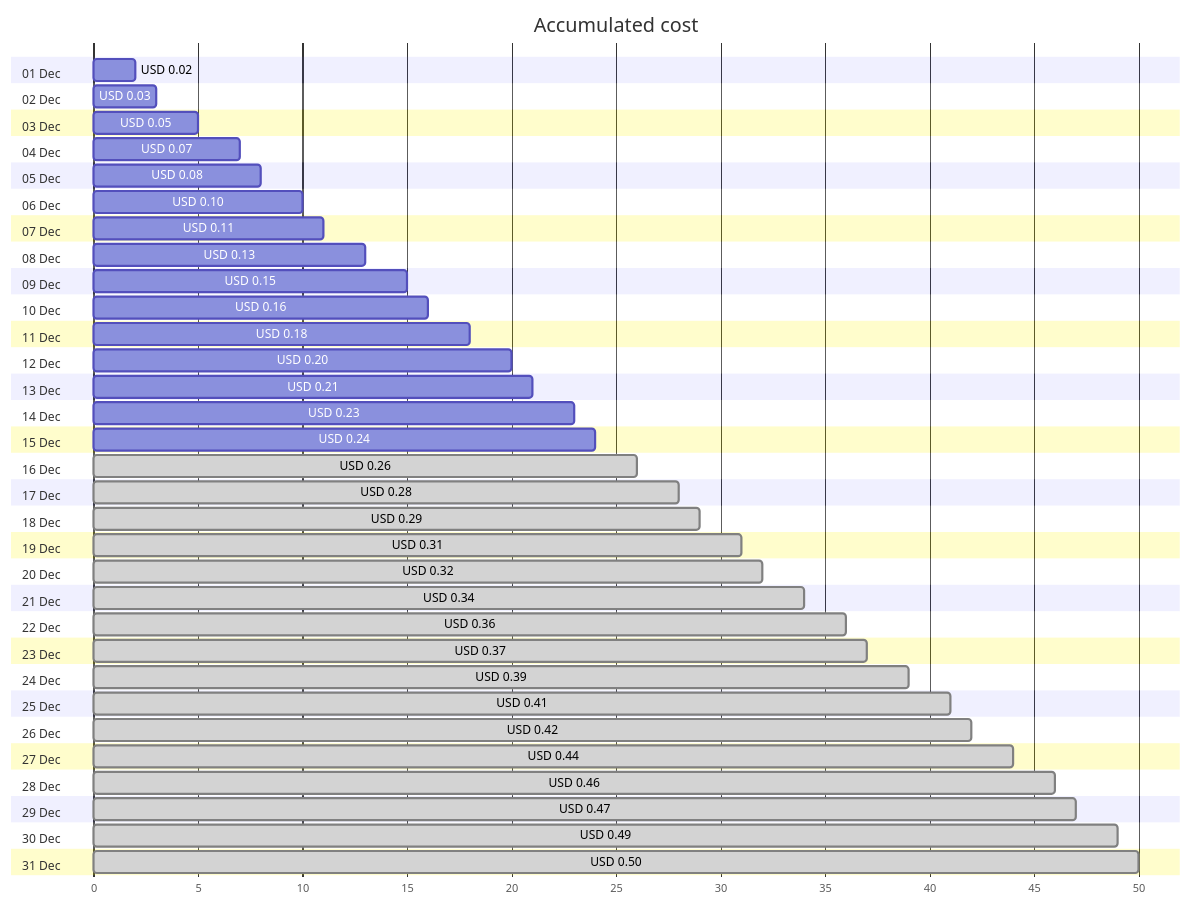
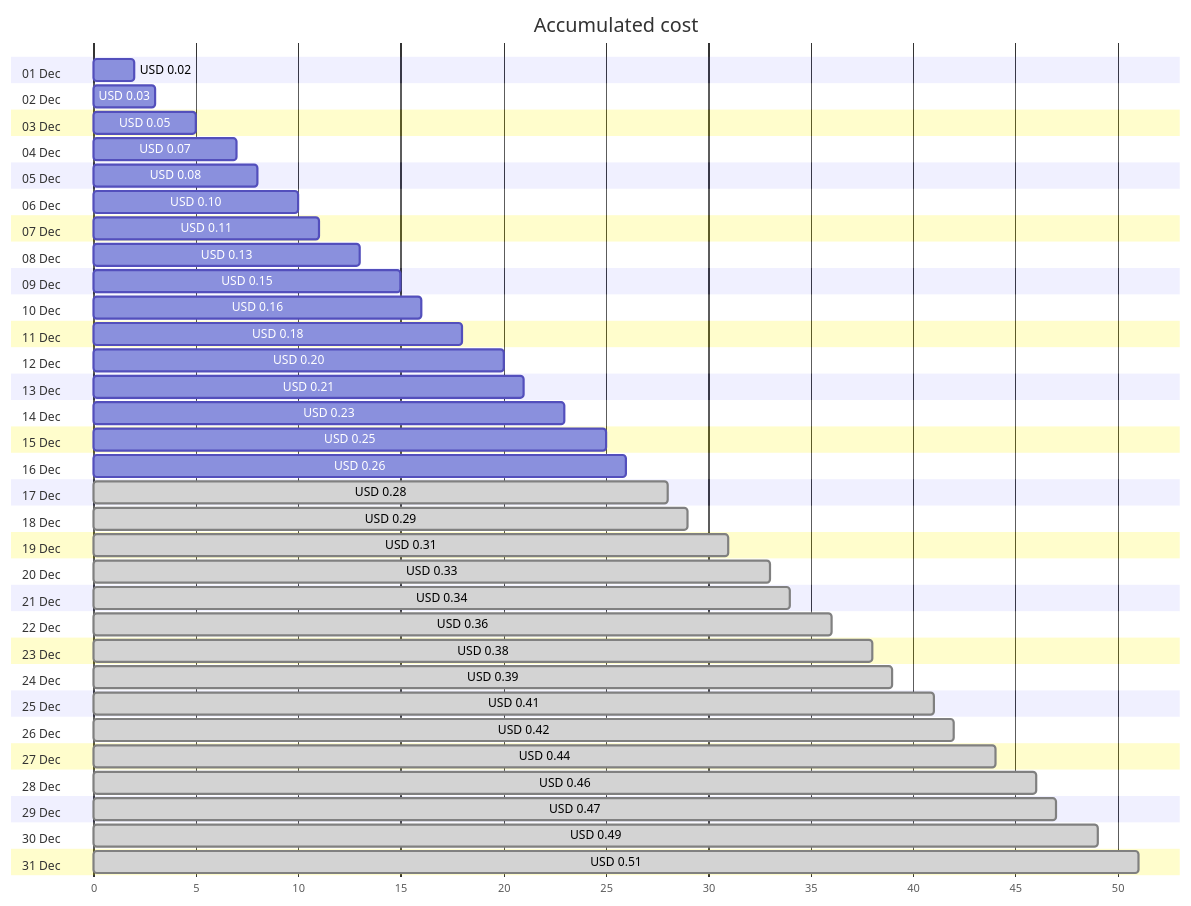
The first of 4 diagrams in cost-reports/personal-dns/jpatrickfulton.com.md (jpfulton/azure-personal-reports), drawn with Mermaid before and after one commit. The commit also changed other lines of this file and 2 other files, not shown here.

````diff
--- a/cost-reports/personal-dns/jpatrickfulton.com.md
+++ b/cost-reports/personal-dns/jpatrickfulton.com.md
@@ -20,68 +20,68 @@
 ```mermaid
 gantt
    title Accumulated cost
    dateFormat  X
    axisFormat %s
    section 01 Dec
    USD 0.02 :0, 2
    section 02 Dec
    USD 0.03 :0, 3
    section 03 Dec
    USD 0.05 :0, 5
    section 04 Dec
    USD 0.07 :0, 7
    section 05 Dec
    USD 0.08 :0, 8
    section 06 Dec
    USD 0.10 :0, 10
    section 07 Dec
    USD 0.11 :0, 11
    section 08 Dec
    USD 0.13 :0, 13
    section 09 Dec
    USD 0.15 :0, 15
    section 10 Dec
    USD 0.16 :0, 16
    section 11 Dec
    USD 0.18 :0, 18
    section 12 Dec
    USD 0.20 :0, 20
    section 13 Dec
    USD 0.21 :0, 21
    section 14 Dec
    USD 0.23 :0, 23
    section 15 Dec
-   USD 0.24 :0, 24
+   USD 0.25 :0, 25
    section 16 Dec
-   USD 0.26 : done, 0, 26
+   USD 0.26 :0, 26
    section 17 Dec
    USD 0.28 : done, 0, 28
    section 18 Dec
    USD 0.29 : done, 0, 29
    section 19 Dec
    USD 0.31 : done, 0, 31
    section 20 Dec
-   USD 0.32 : done, 0, 32
+   USD 0.33 : done, 0, 33
    section 21 Dec
    USD 0.34 : done, 0, 34
    section 22 Dec
    USD 0.36 : done, 0, 36
    section 23 Dec
-   USD 0.37 : done, 0, 37
+   USD 0.38 : done, 0, 38
    section 24 Dec
    USD 0.39 : done, 0, 39
    section 25 Dec
    USD 0.41 : done, 0, 41
    section 26 Dec
    USD 0.42 : done, 0, 42
    section 27 Dec
    USD 0.44 : done, 0, 44
    section 28 Dec
    USD 0.46 : done, 0, 46
    section 29 Dec
    USD 0.47 : done, 0, 47
    section 30 Dec
    USD 0.49 : done, 0, 49
    section 31 Dec
-   USD 0.50 : done, 0, 50
+   USD 0.51 : done, 0, 51
 ```
````
